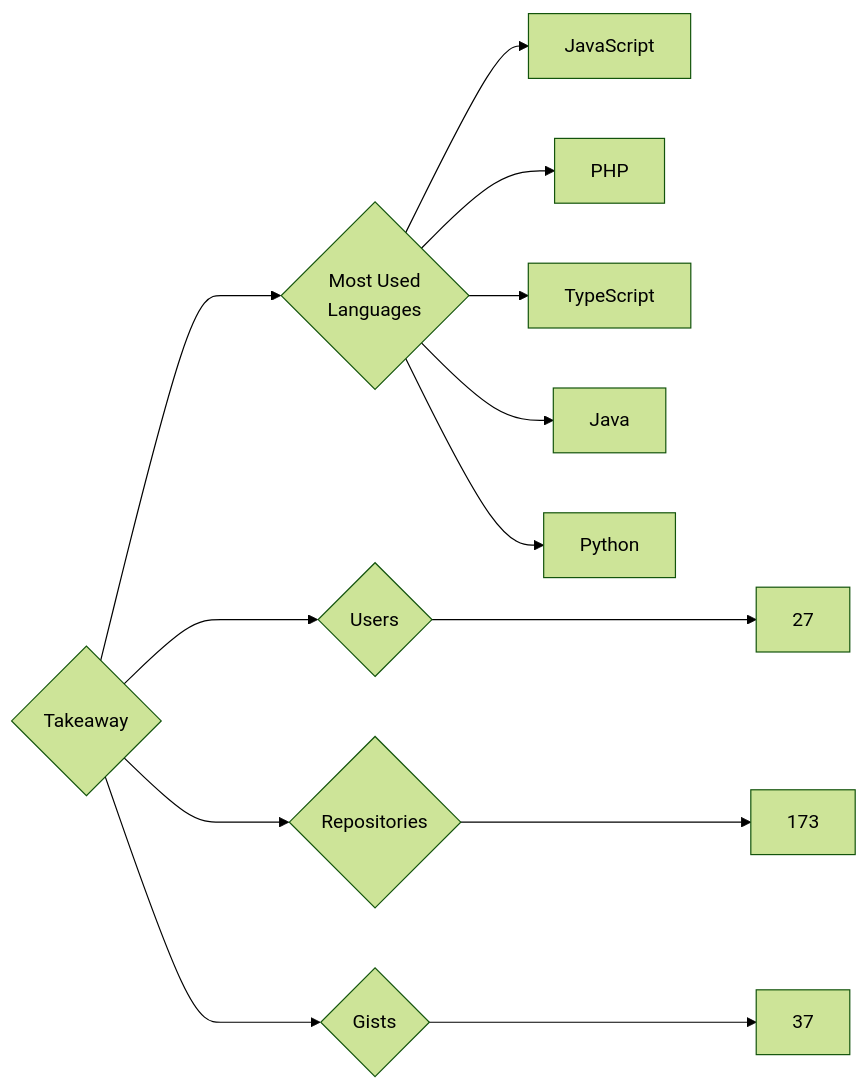
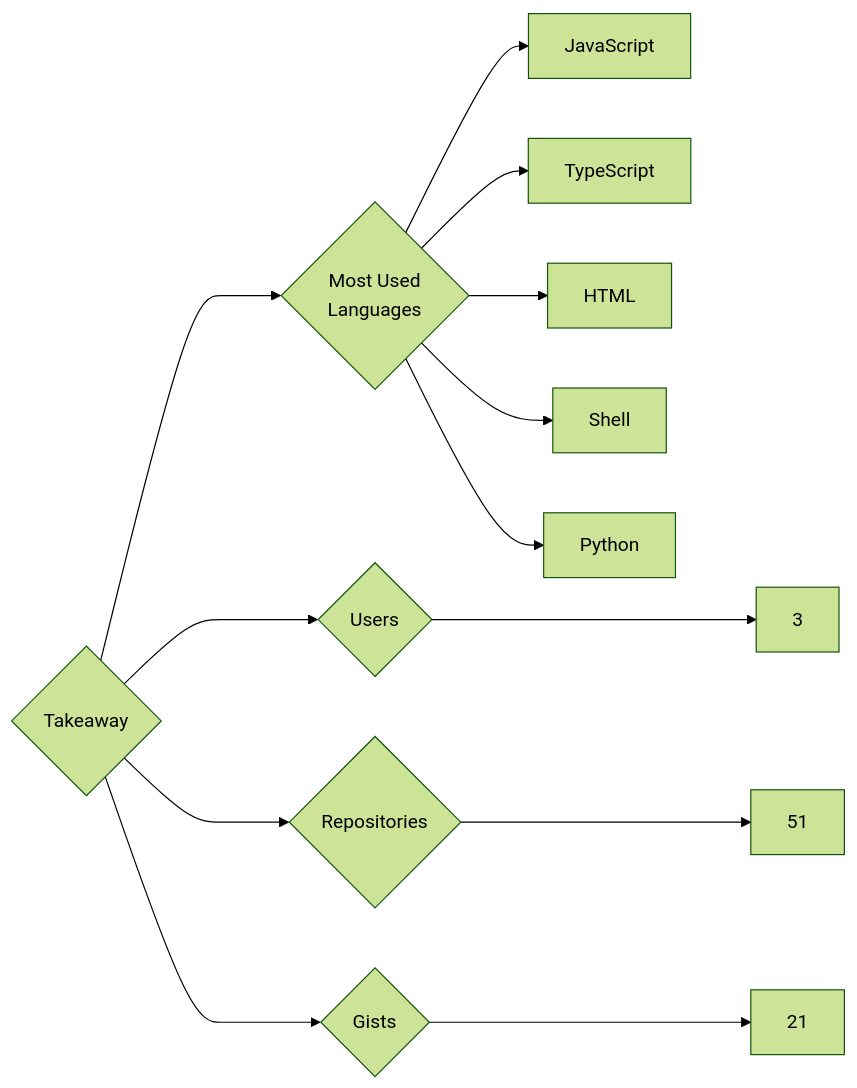
One commit to trickest/insiders changed the diagram in targets/Takeaway/README.md. Above: the diagram before and after it, drawn with Mermaid (forest theme). The commit also changed 796 other files, not shown here.

````diff
--- a/targets/Takeaway/README.md
+++ b/targets/Takeaway/README.md
@@ -3,13 +3,13 @@
 ```mermaid
 graph LR
 COMPANY_NAME{Takeaway}
-COMPANY_NAME ---> U{Users} ---> UN[27]
-COMPANY_NAME ---> R{Repositories} ---> RN[173]
-COMPANY_NAME ---> G{Gists} ---> GN[37]
+COMPANY_NAME ---> U{Users} ---> UN[3]
+COMPANY_NAME ---> R{Repositories} ---> RN[51]
+COMPANY_NAME ---> G{Gists} ---> GN[21]
 COMPANY_NAME ---> ML{Most Used<br>Languages}
 ML --> JavaScript[JavaScript]
-ML --> PHP[PHP]
 ML --> TypeScript[TypeScript]
-ML --> Java[Java]
+ML --> HTML[HTML]
+ML --> Shell[Shell]
 ML --> Python[Python]
 ```
````
